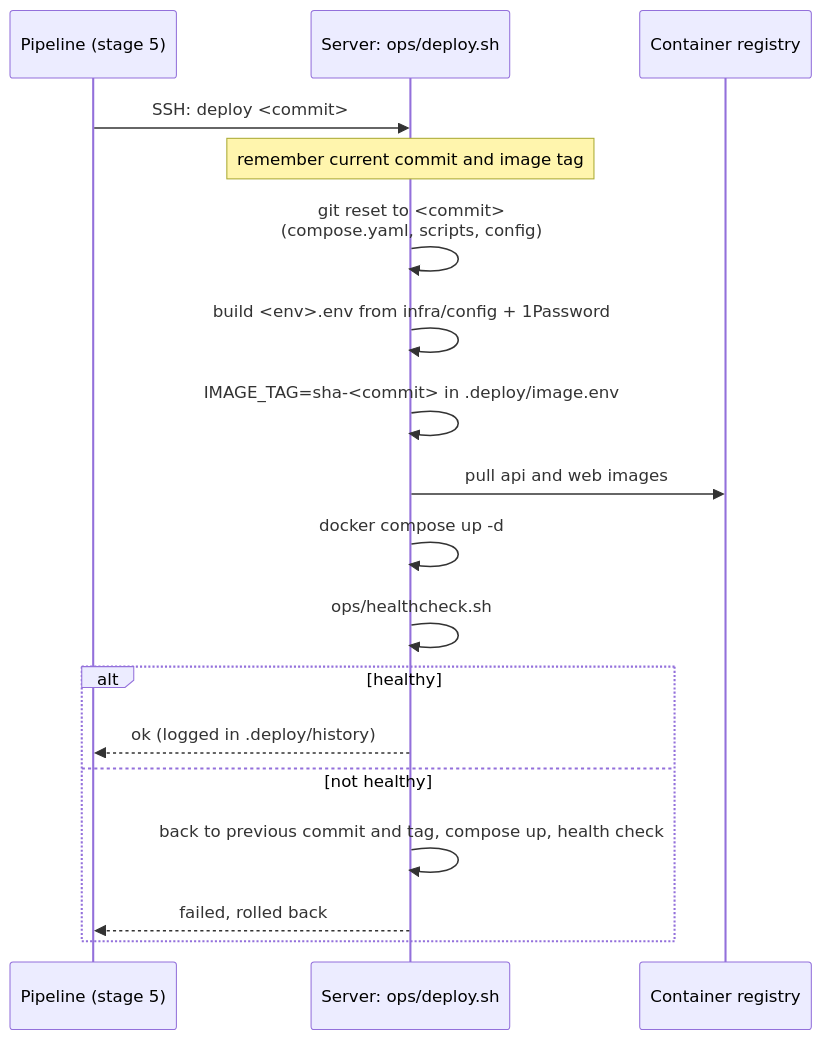
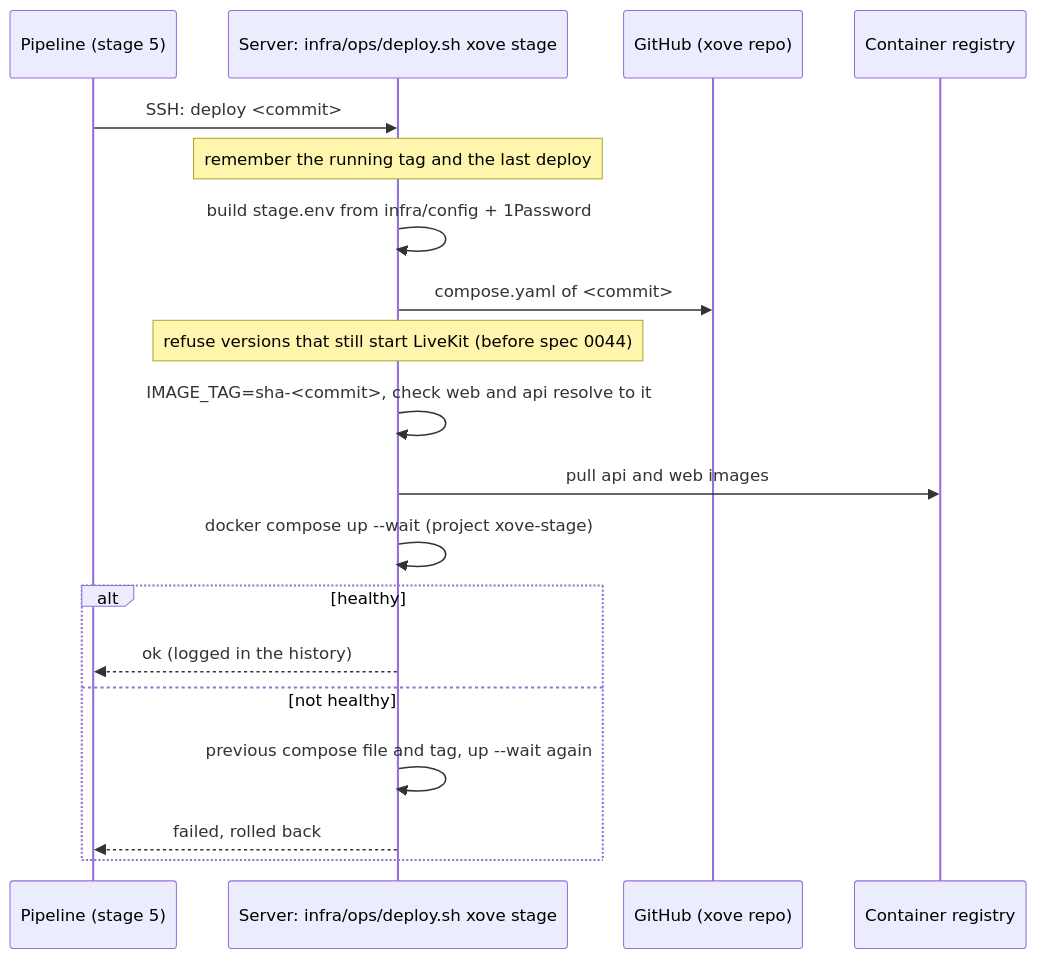
One commit to Hbrauveres/xove changed the second of 2 diagrams in docs/deployment.md. Above: the diagram before and after it, drawn with Mermaid. The commit also changed other lines of this file and 5 other files, not shown here.

First line of the commit message:
docs: the server deploys from infra with the app's own compose (0067)

````diff
--- a/docs/deployment.md
+++ b/docs/deployment.md
@@ -37,20 +37,21 @@
 ```mermaid
 sequenceDiagram
   participant GH as Pipeline (stage 5)
-  participant S as Server: ops/deploy.sh
+  participant S as Server: infra/ops/deploy.sh xove stage
+  participant G as GitHub (xove repo)
   participant R as Container registry
   GH->>S: SSH: deploy <commit>
-  Note over S: remember current commit and image tag
-  S->>S: git reset to <commit><br/>(compose.yaml, scripts, config)
-  S->>S: build <env>.env from infra/config + 1Password
-  S->>S: IMAGE_TAG=sha-<commit> in .deploy/image.env
+  Note over S: remember the running tag and the last deploy
+  S->>S: build stage.env from infra/config + 1Password
+  S->>G: compose.yaml of <commit>
+  Note over S: refuse versions that still start LiveKit (before spec 0044)
+  S->>S: IMAGE_TAG=sha-<commit>, check web and api resolve to it
   S->>R: pull api and web images
-  S->>S: docker compose up -d
-  S->>S: ops/healthcheck.sh
+  S->>S: docker compose up --wait (project xove-stage)
   alt healthy
-    S-->>GH: ok (logged in .deploy/history)
+    S-->>GH: ok (logged in the history)
   else not healthy
-    S->>S: back to previous commit and tag, compose up, health check
+    S->>S: previous compose file and tag, up --wait again
     S-->>GH: failed, rolled back
   end
 ```
````
